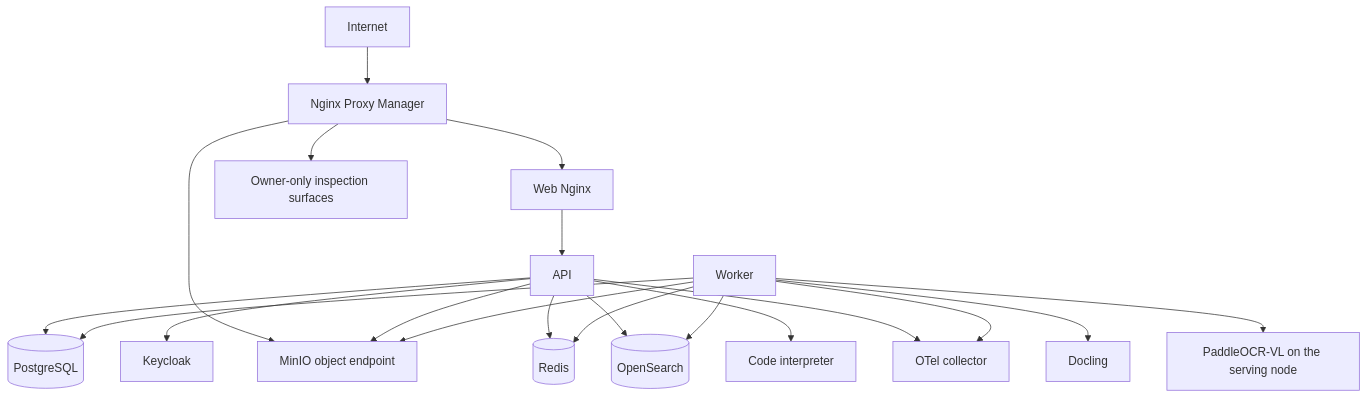
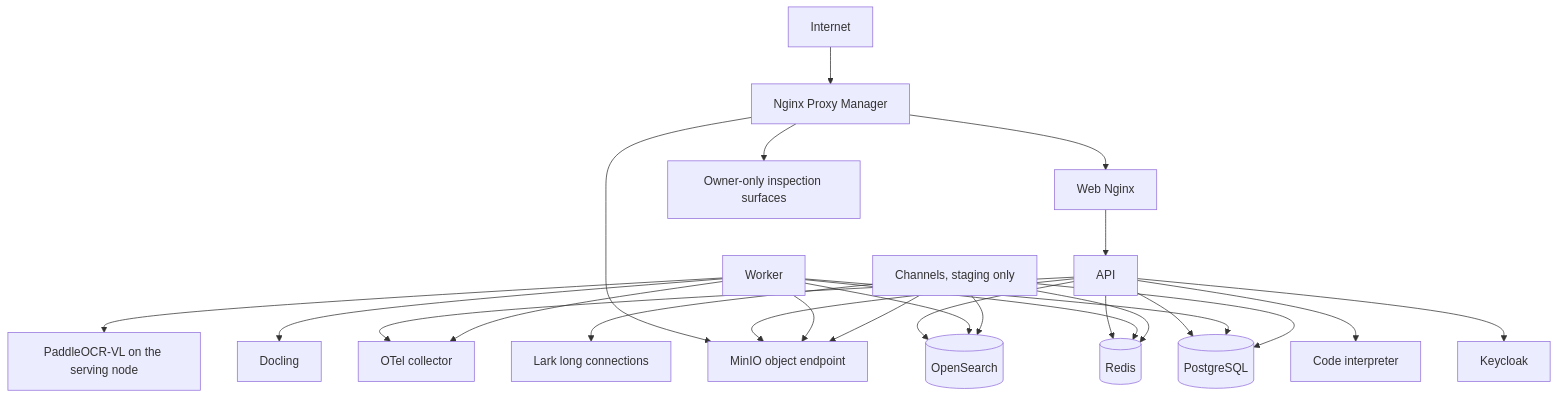
The sixth of 6 diagrams in ARCHITECTURE.md (kl3inIT/MemoryOS), drawn with Mermaid before and after one commit. The commit also changed other lines of this file and 8 other files, not shown here.

Commit message:
docs(mem-246): consolidate the Lark bot into specs, runbook, architecture and ADR 0028

````diff
--- a/ARCHITECTURE.md
+++ b/ARCHITECTURE.md
@@ -328,22 +334,27 @@
 ```mermaid
 flowchart TB
     INTERNET[Internet] --> NPM[Nginx Proxy Manager]
     NPM --> WEB[Web Nginx]
     NPM --> MINIO[MinIO object endpoint]
     NPM --> INSPECT[Owner-only inspection surfaces]
     WEB --> API
     API --> PG[(PostgreSQL)]
     API --> KC[Keycloak]
     API --> MINIO
     API --> REDIS[(Redis)]
     API --> OPENSEARCH[(OpenSearch)]
     API --> INTERP[Code interpreter]
     WORKER[Worker] --> PG
     WORKER --> REDIS
     WORKER --> MINIO
     WORKER --> OPENSEARCH
     WORKER --> DOCLING[Docling]
     WORKER --> PADDLE[PaddleOCR-VL on the serving node]
     API --> OTEL[OTel collector]
     WORKER --> OTEL
+    CHANNELS[Channels, staging only] --> PG
+    CHANNELS --> REDIS
+    CHANNELS --> MINIO
+    CHANNELS --> OPENSEARCH
+    CHANNELS --> LARKWS[Lark long connections]
 ```
````
